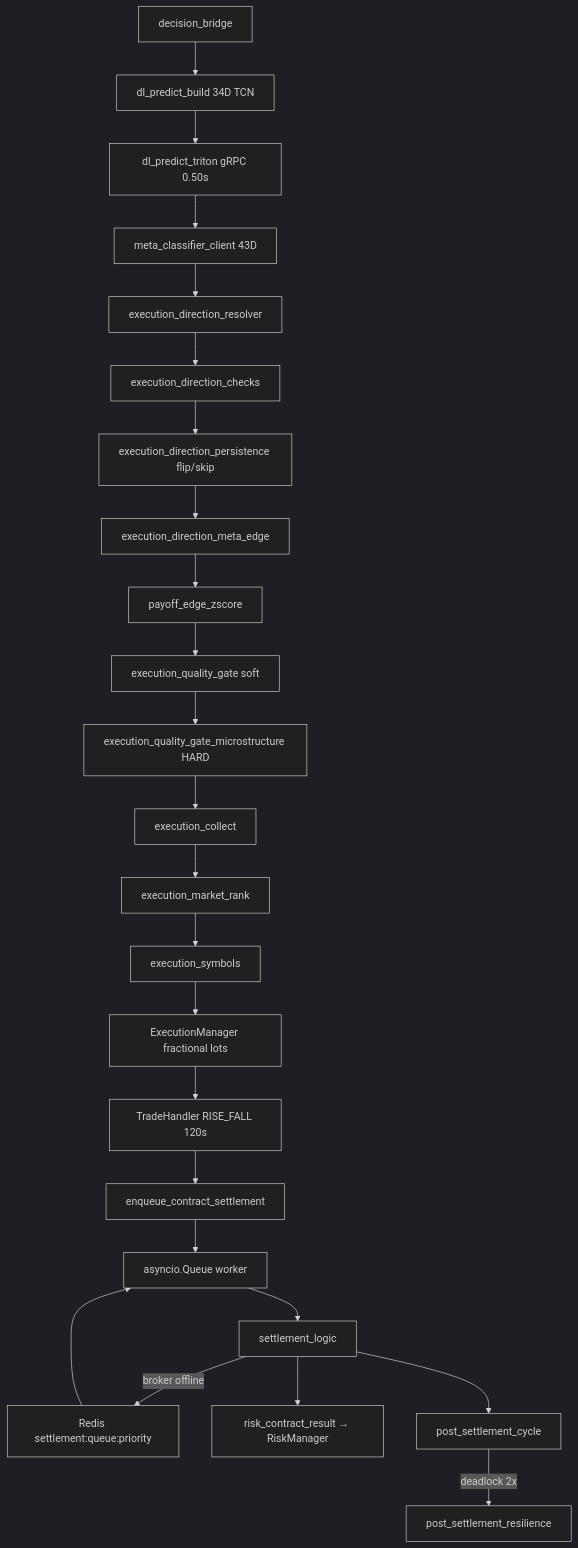
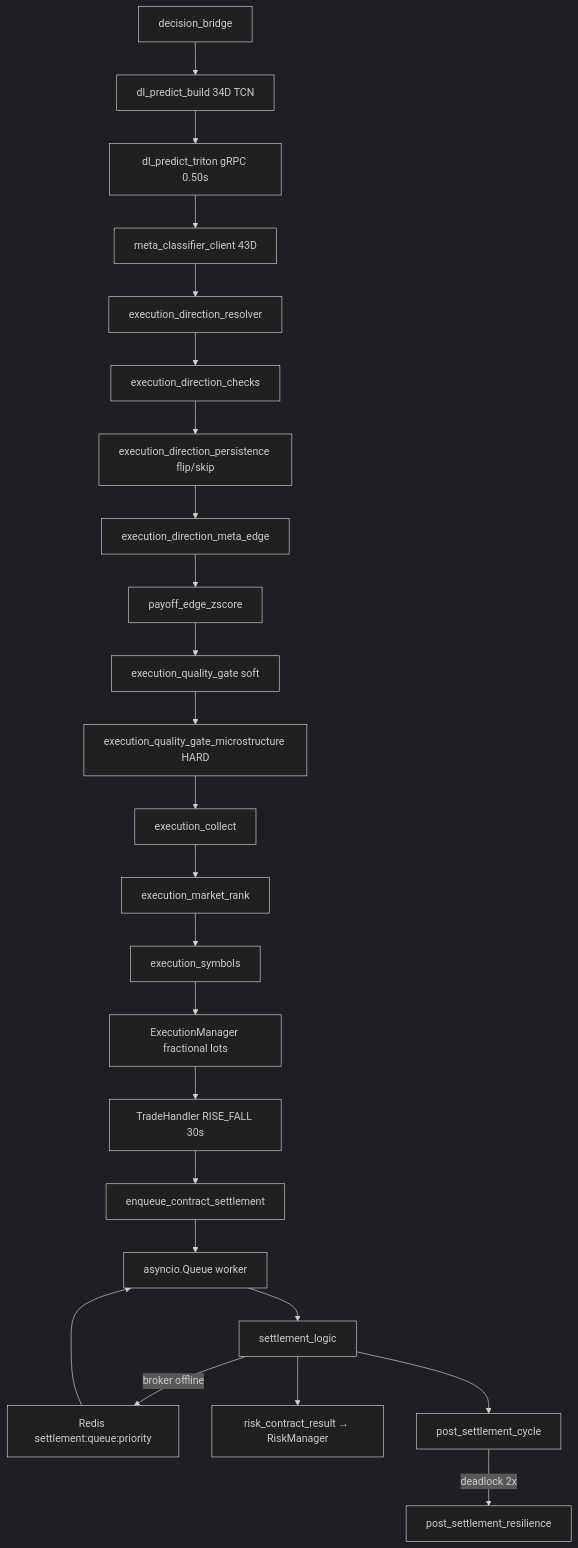
One commit to victorh-silveira/aether-quantum-engine changed the diagram in docs/structure.md. Above: the diagram before and after it, drawn with Mermaid (dark theme). The commit also changed other lines of this file and 100 other files, not shown here.

````diff
--- a/docs/structure.md
+++ b/docs/structure.md
@@ -483,26 +483,26 @@
 ```mermaid
 flowchart TD
   BR[decision_bridge] --> BUNDLE[dl_predict_build 34D TCN]
   BUNDLE --> PRED[dl_predict_triton gRPC 0.50s]
   PRED --> META[meta_classifier_client 43D]
   META --> RES[execution_direction_resolver]
   RES --> CHK[execution_direction_checks]
   CHK --> DG[execution_direction_persistence flip/skip]
   DG --> EDGE[execution_direction_meta_edge]
   EDGE --> ZS[payoff_edge_zscore]
   ZS --> QG[execution_quality_gate soft]
   QG --> MICRO[execution_quality_gate_microstructure HARD]
   MICRO --> COL[execution_collect]
   COL --> RANK[execution_market_rank]
   RANK --> SYM[execution_symbols]
   SYM --> EM[ExecutionManager fractional lots]
-  EM --> TH[TradeHandler RISE_FALL 120s]
+  EM --> TH[TradeHandler RISE_FALL 30s]
   TH --> ENQ[enqueue_contract_settlement]
   ENQ --> WQ[asyncio.Queue worker]
   WQ --> ST[settlement_logic]
   ST -->|broker offline| RQ[Redis settlement:queue:priority]
   RQ --> WQ
   ST --> RM[risk_contract_result → RiskManager]
   ST --> PSC[post_settlement_cycle]
   PSC -->|deadlock 2x| REC[post_settlement_resilience]
 ```
````
